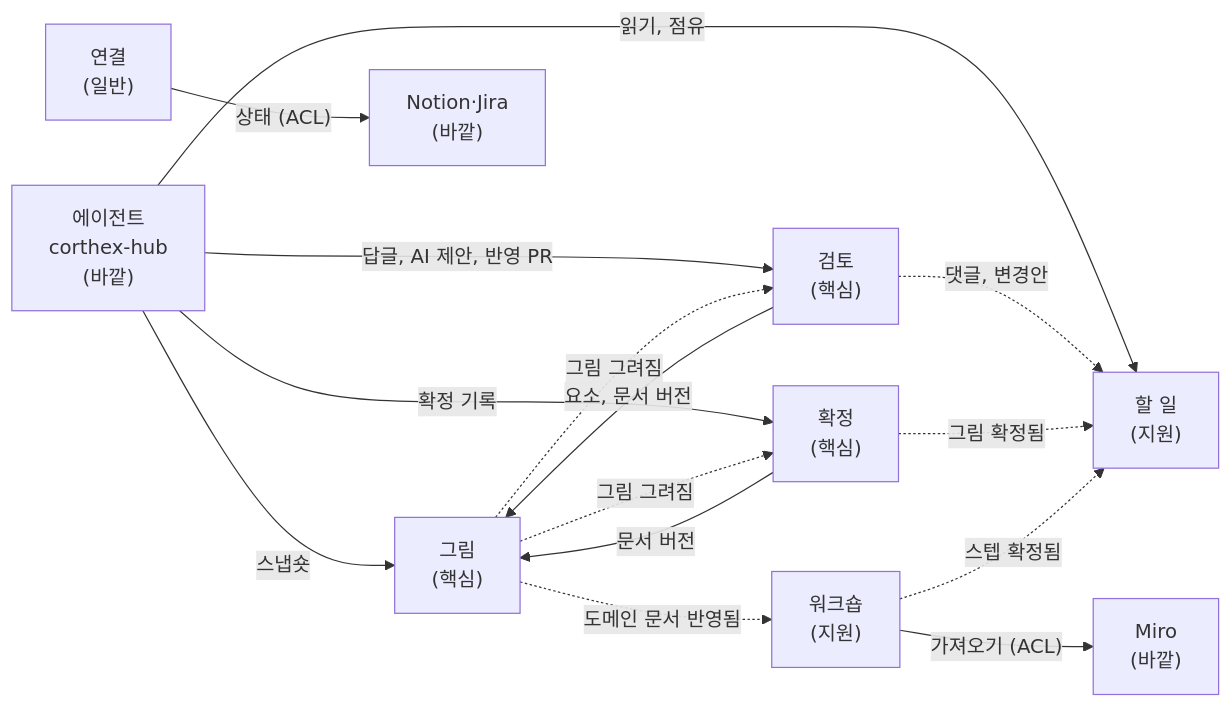
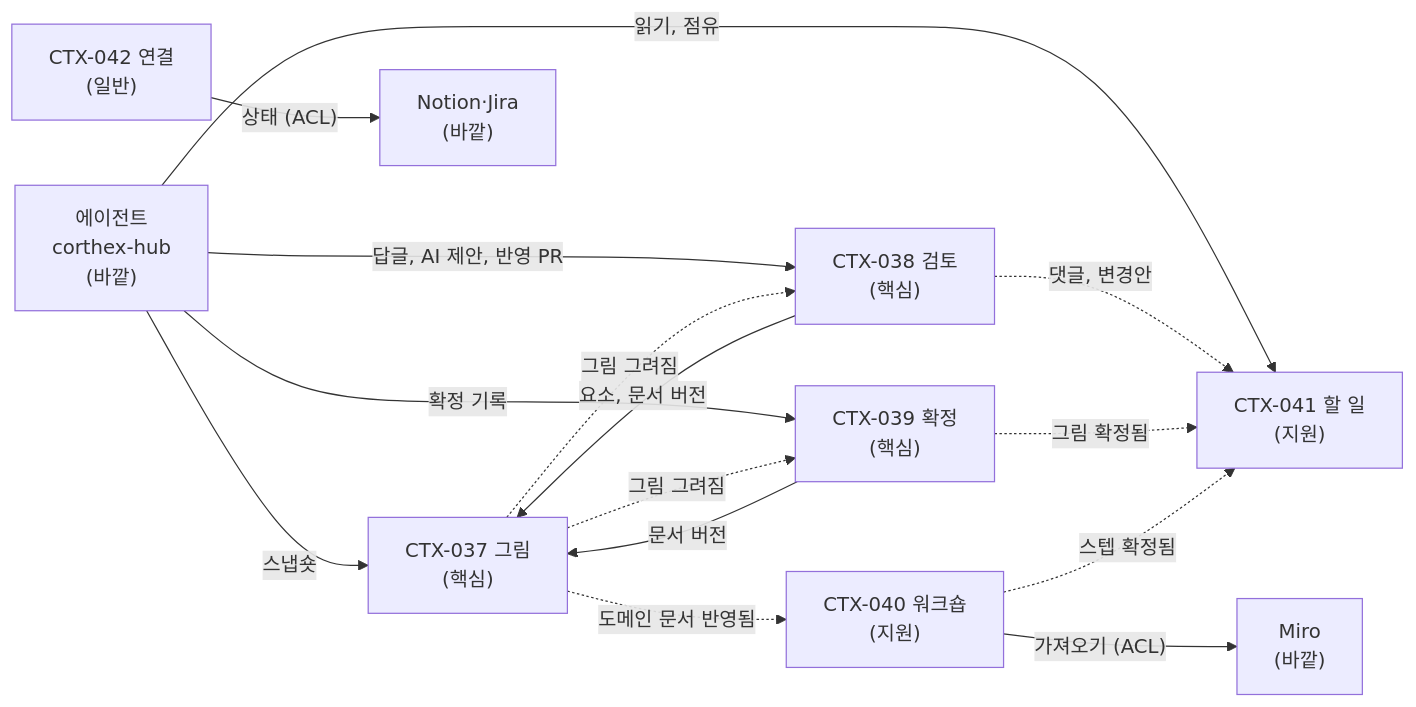
One commit to kodonghui/corthex-nexus changed the diagram in docs/01-domain/nexus.ko.md. Above: the diagram before and after it, drawn with Mermaid. The commit also changed other lines of this file and 3 other files, not shown here.

````diff
--- a/docs/01-domain/nexus.ko.md
+++ b/docs/01-domain/nexus.ko.md
@@ -256,27 +257,27 @@
 ```mermaid
 flowchart LR
   %% grammar: structure
   agent["에이전트<br/>corthex-hub<br/>(바깥)"]
-  diagram["그림<br/>(핵심)"]
-  review["검토<br/>(핵심)"]
-  confirm["확정<br/>(핵심)"]
-  workshop["워크숍<br/>(지원)"]
-  todo["할 일<br/>(지원)"]
-  toollink["연결<br/>(일반)"]
+  diagram["CTX-037 그림<br/>(핵심)"]
+  review["CTX-038 검토<br/>(핵심)"]
+  confirm["CTX-039 확정<br/>(핵심)"]
+  workshop["CTX-040 워크숍<br/>(지원)"]
+  todo["CTX-041 할 일<br/>(지원)"]
+  toollink["CTX-042 연결<br/>(일반)"]
   tools["Notion·Jira<br/>(바깥)"]
   miro["Miro<br/>(바깥)"]
   agent -->|"스냅숏"| diagram
   agent -->|"답글, AI 제안, 반영 PR"| review
   agent -->|"확정 기록"| confirm
   agent -->|"읽기, 점유"| todo
   review -->|"요소, 문서 버전"| diagram
   confirm -->|"문서 버전"| diagram
   diagram -.->|"그림 그려짐"| review
   diagram -.->|"그림 그려짐"| confirm
   diagram -.->|"도메인 문서 반영됨"| workshop
   review -.->|"댓글, 변경안"| todo
   confirm -.->|"그림 확정됨"| todo
   workshop -.->|"스텝 확정됨"| todo
   toollink -->|"상태 (ACL)"| tools
   workshop -->|"가져오기 (ACL)"| miro
 ```
````
